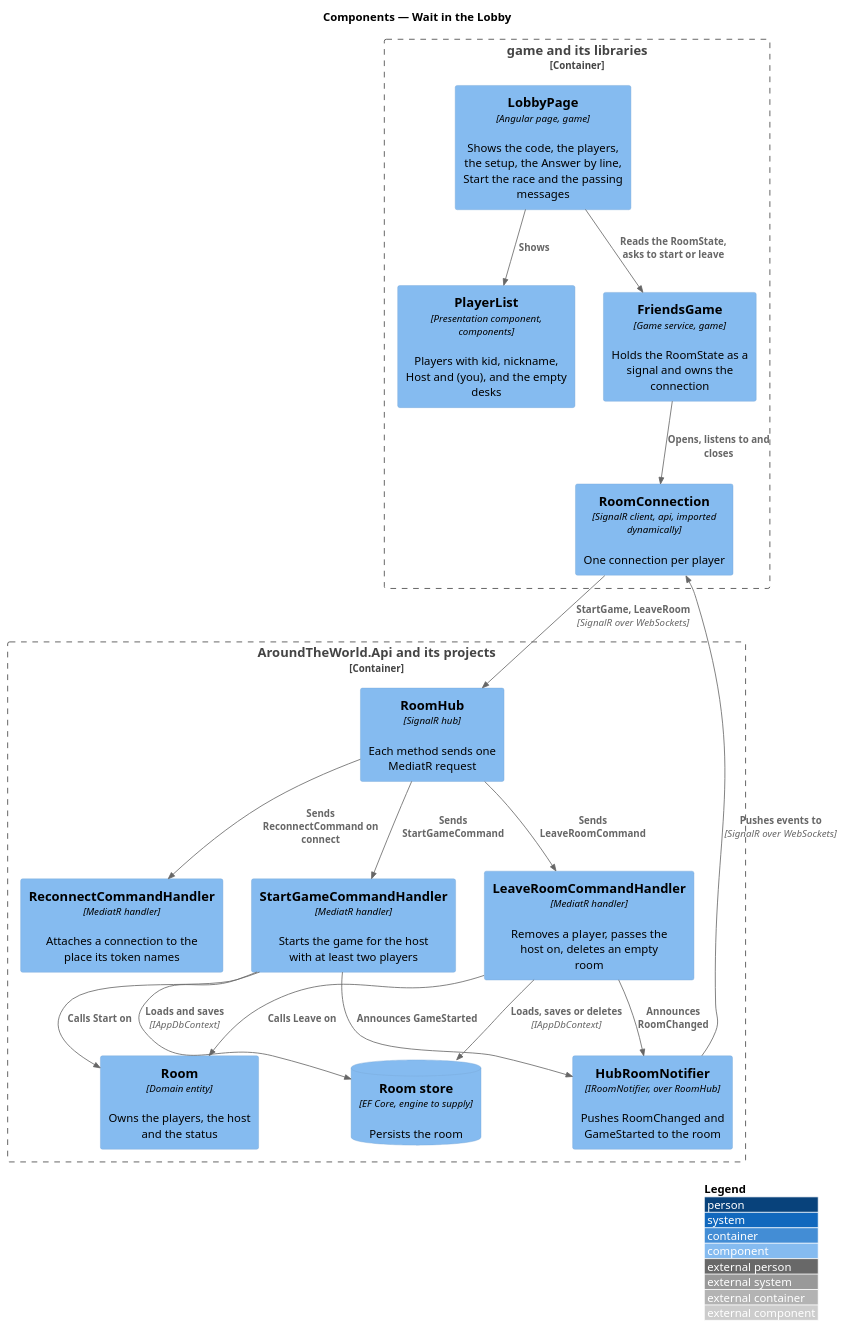
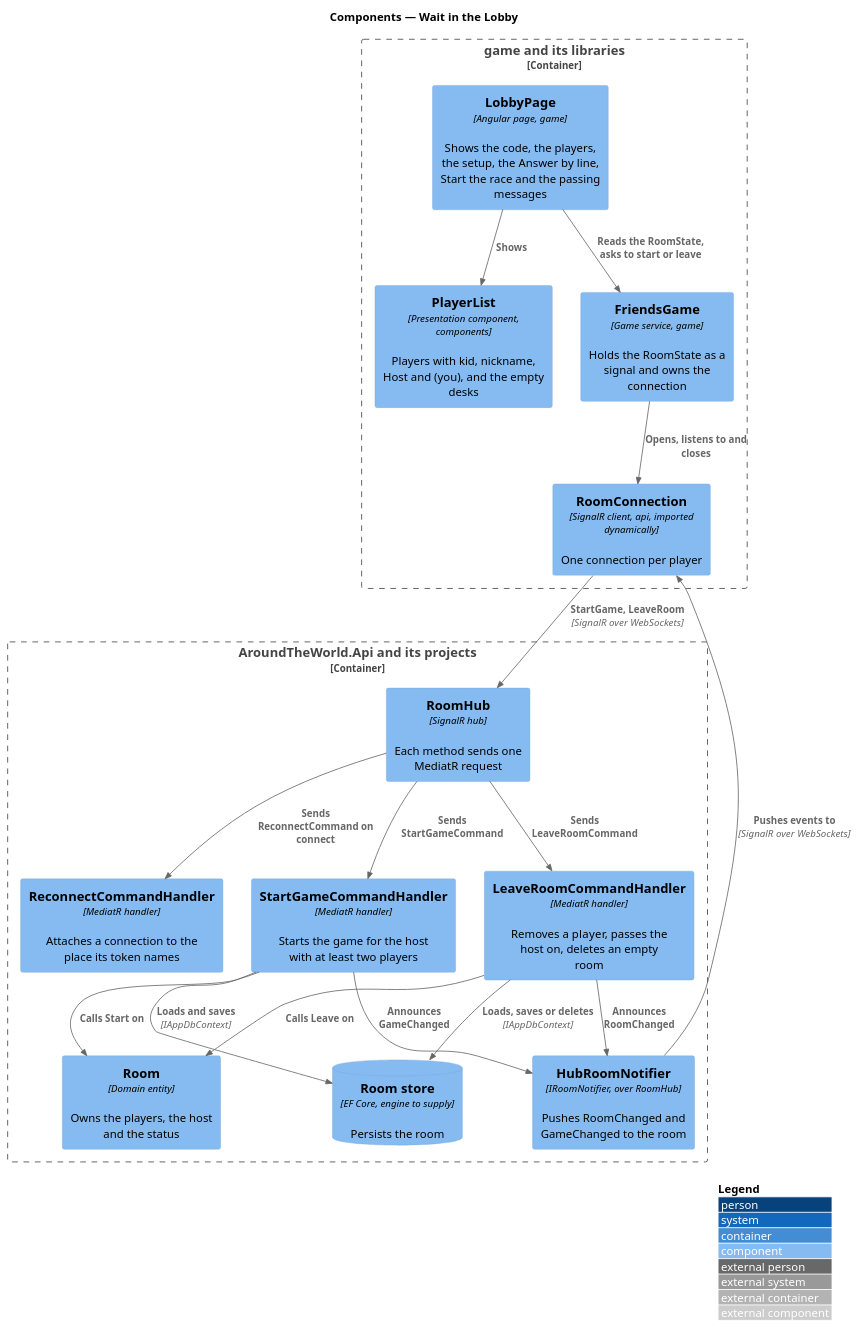
Before and after one commit to QuinntyneBrown/around-the-world: the diagram in docs/detailed-designs/rooms/wait-in-lobby/diagrams/c4-component.puml, drawn with PlantUML. The commit also changed 20 other files, not shown here.

First line of the commit message:
Journey 14: mark it complete, record its lessons, the budget, the diagrams and the components extended

```diff
--- a/docs/detailed-designs/rooms/wait-in-lobby/diagrams/c4-component.puml
+++ b/docs/detailed-designs/rooms/wait-in-lobby/diagrams/c4-component.puml
@@ -1,35 +1,35 @@
 @startuml
 !include <C4/C4_Component>
 LAYOUT_WITH_LEGEND()
 title Components — Wait in the Lobby
 
 Container_Boundary(game, "game and its libraries") {
   Component(page, "LobbyPage", "Angular page, game", "Shows the code, the players, the setup, the Answer by line, Start the race and the passing messages")
   Component(list, "PlayerList", "Presentation component, components", "Players with kid, nickname, Host and (you), and the empty desks")
   Component(session, "FriendsGame", "Game service, game", "Holds the RoomState as a signal and owns the connection")
   Component(conn, "RoomConnection", "SignalR client, api, imported dynamically", "One connection per player")
 }
 Container_Boundary(api, "AroundTheWorld.Api and its projects") {
   Component(hub, "RoomHub", "SignalR hub", "Each method sends one MediatR request")
   Component(start, "StartGameCommandHandler", "MediatR handler", "Starts the game for the host with at least two players")
   Component(leave, "LeaveRoomCommandHandler", "MediatR handler", "Removes a player, passes the host on, deletes an empty room")
   Component(reconnect, "ReconnectCommandHandler", "MediatR handler", "Attaches a connection to the place its token names")
   Component(room, "Room", "Domain entity", "Owns the players, the host and the status")
-  Component(notifier, "HubRoomNotifier", "IRoomNotifier, over RoomHub", "Pushes RoomChanged and GameStarted to the room")
+  Component(notifier, "HubRoomNotifier", "IRoomNotifier, over RoomHub", "Pushes RoomChanged and GameChanged to the room")
   ComponentDb(store, "Room store", "EF Core, engine to supply", "Persists the room")
 }
 Rel(page, list, "Shows")
 Rel(page, session, "Reads the RoomState, asks to start or leave")
 Rel(session, conn, "Opens, listens to and closes")
 Rel(conn, hub, "StartGame, LeaveRoom", "SignalR over WebSockets")
 Rel(hub, reconnect, "Sends ReconnectCommand on connect")
 Rel(hub, start, "Sends StartGameCommand")
 Rel(hub, leave, "Sends LeaveRoomCommand")
 Rel(start, room, "Calls Start on")
 Rel(leave, room, "Calls Leave on")
 Rel(start, store, "Loads and saves", "IAppDbContext")
 Rel(leave, store, "Loads, saves or deletes", "IAppDbContext")
-Rel(start, notifier, "Announces GameStarted")
+Rel(start, notifier, "Announces GameChanged")
 Rel(leave, notifier, "Announces RoomChanged")
 Rel(notifier, conn, "Pushes events to", "SignalR over WebSockets")
 @enduml
```
